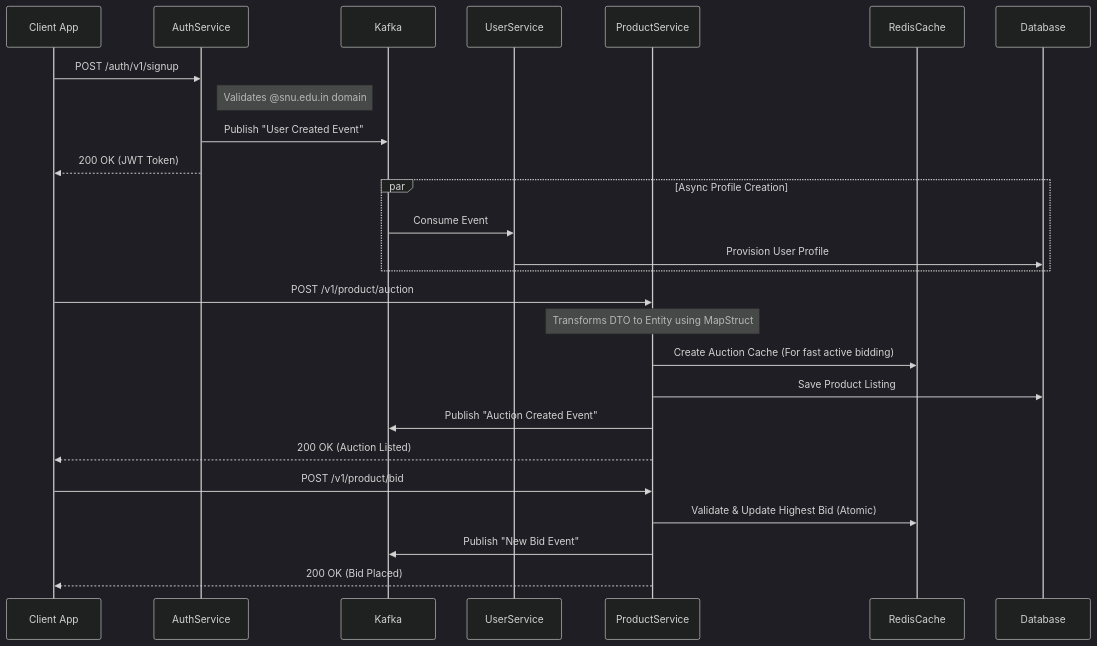
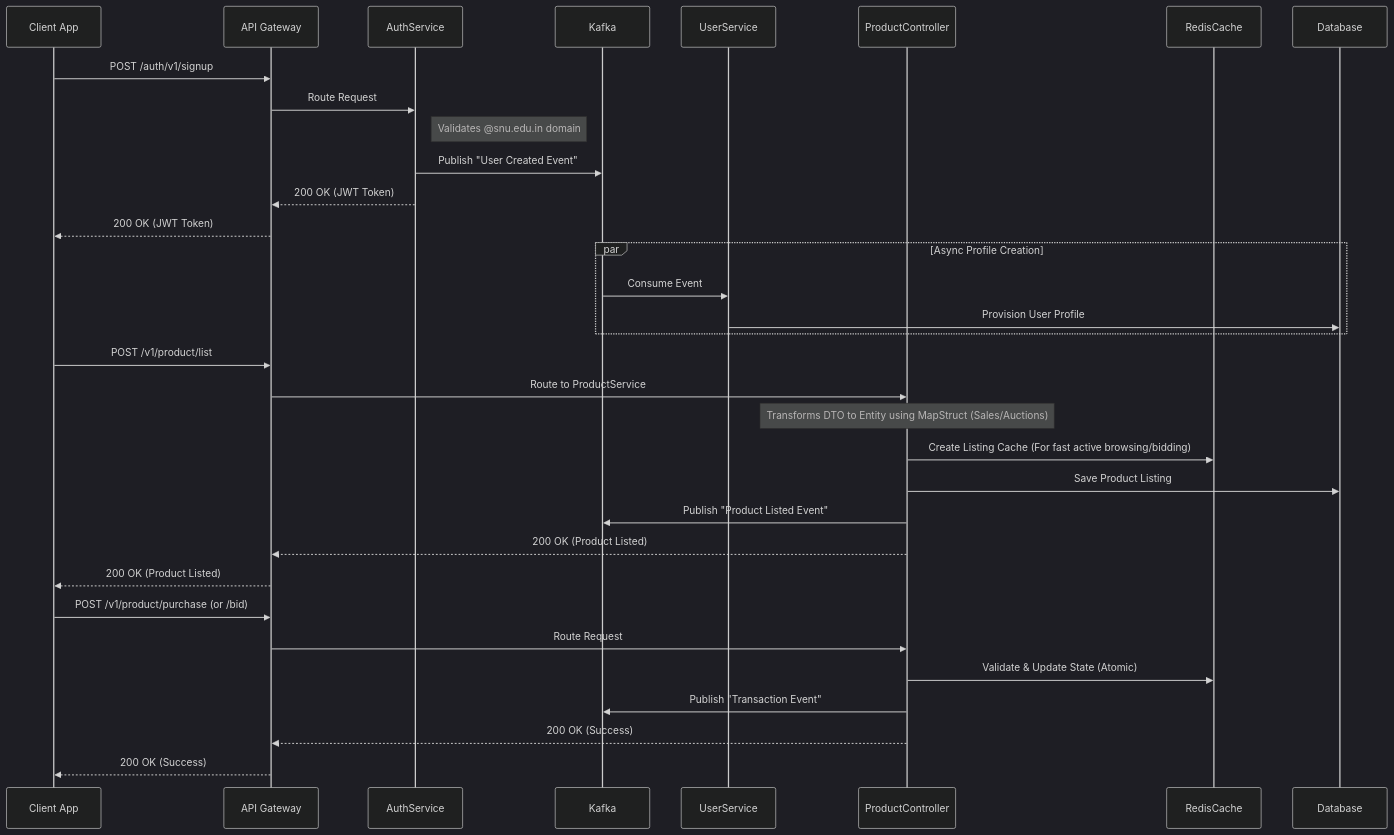
The diagram in README.md (Arnav05-cyber/AuctionU), drawn with Mermaid (dark theme) before and after one commit. The commit also changed other lines of this file and 38 other files, not shown here.

Commit message:
docs: update README for marketplace, gateway, and authService changes

````diff
--- a/README.md
+++ b/README.md
@@ -9,32 +9,39 @@
 ```mermaid
 sequenceDiagram
     participant App as Client App
+    participant Gateway as API Gateway
     participant AuthService
     participant Kafka
     participant UserService
-    participant ProductService
+    participant ProductController as ProductController
     participant RedisCache
     participant Database
 
-    App->>AuthService: POST /auth/v1/signup 
+    App->>Gateway: POST /auth/v1/signup 
+    Gateway->>AuthService: Route Request
     Note right of AuthService: Validates @snu.edu.in domain
     AuthService->>Kafka: Publish "User Created Event"
-    AuthService-->>App: 200 OK (JWT Token)
+    AuthService-->>Gateway: 200 OK (JWT Token)
+    Gateway-->>App: 200 OK (JWT Token)
 
     par Async Profile Creation
         Kafka->>UserService: Consume Event
         UserService->>Database: Provision User Profile
     end
 
-    App->>ProductService: POST /v1/product/auction
-    Note over ProductService: Transforms DTO to Entity using MapStruct
-    ProductService->>RedisCache: Create Auction Cache (For fast active bidding)
-    ProductService->>Database: Save Product Listing
-    ProductService->>Kafka: Publish "Auction Created Event"
-    ProductService-->>App: 200 OK (Auction Listed)
+    App->>Gateway: POST /v1/product/list
+    Gateway->>ProductController: Route to ProductService
+    Note over ProductController: Transforms DTO to Entity using MapStruct (Sales/Auctions)
+    ProductController->>RedisCache: Create Listing Cache (For fast active browsing/bidding)
+    ProductController->>Database: Save Product Listing
+    ProductController->>Kafka: Publish "Product Listed Event"
+    ProductController-->>Gateway: 200 OK (Product Listed)
+    Gateway-->>App: 200 OK (Product Listed)
 
-    App->>ProductService: POST /v1/product/bid
-    ProductService->>RedisCache: Validate & Update Highest Bid (Atomic)
-    ProductService->>Kafka: Publish "New Bid Event"
-    ProductService-->>App: 200 OK (Bid Placed)
+    App->>Gateway: POST /v1/product/purchase (or /bid)
+    Gateway->>ProductController: Route Request
+    ProductController->>RedisCache: Validate & Update State (Atomic)
+    ProductController->>Kafka: Publish "Transaction Event"
+    ProductController-->>Gateway: 200 OK (Success)
+    Gateway-->>App: 200 OK (Success)
 ```
````
